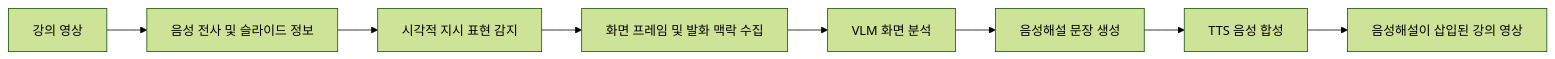
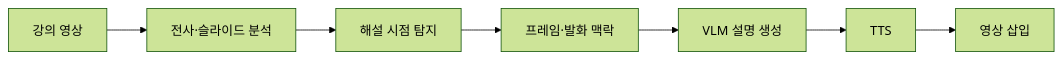
One commit to juhwan0628/LecAD changed the diagram in README.md. Above: the diagram before and after it, drawn with Mermaid (forest theme). The commit also changed other lines of this file, not shown here.

````diff
--- a/README.md
+++ b/README.md
@@ -25,10 +15,9 @@
 ```mermaid
 flowchart LR
-    A[강의 영상] --> B[음성 전사 및 슬라이드 정보]
-    B --> C[시각적 지시 표현 감지]
-    C --> D[화면 프레임 및 발화 맥락 수집]
-    D --> E[VLM 화면 분석]
-    E --> F[음성해설 문장 생성]
-    F --> G[TTS 음성 합성]
-    G --> H[음성해설이 삽입된 강의 영상]
+    A["강의 영상"] --> B["전사·슬라이드 분석"]
+    B --> C["해설 시점 탐지"]
+    C --> D["프레임·발화 맥락"]
+    D --> E["VLM 설명 생성"]
+    E --> F["TTS"]
+    F --> G["영상 삽입"]
 ```
````
